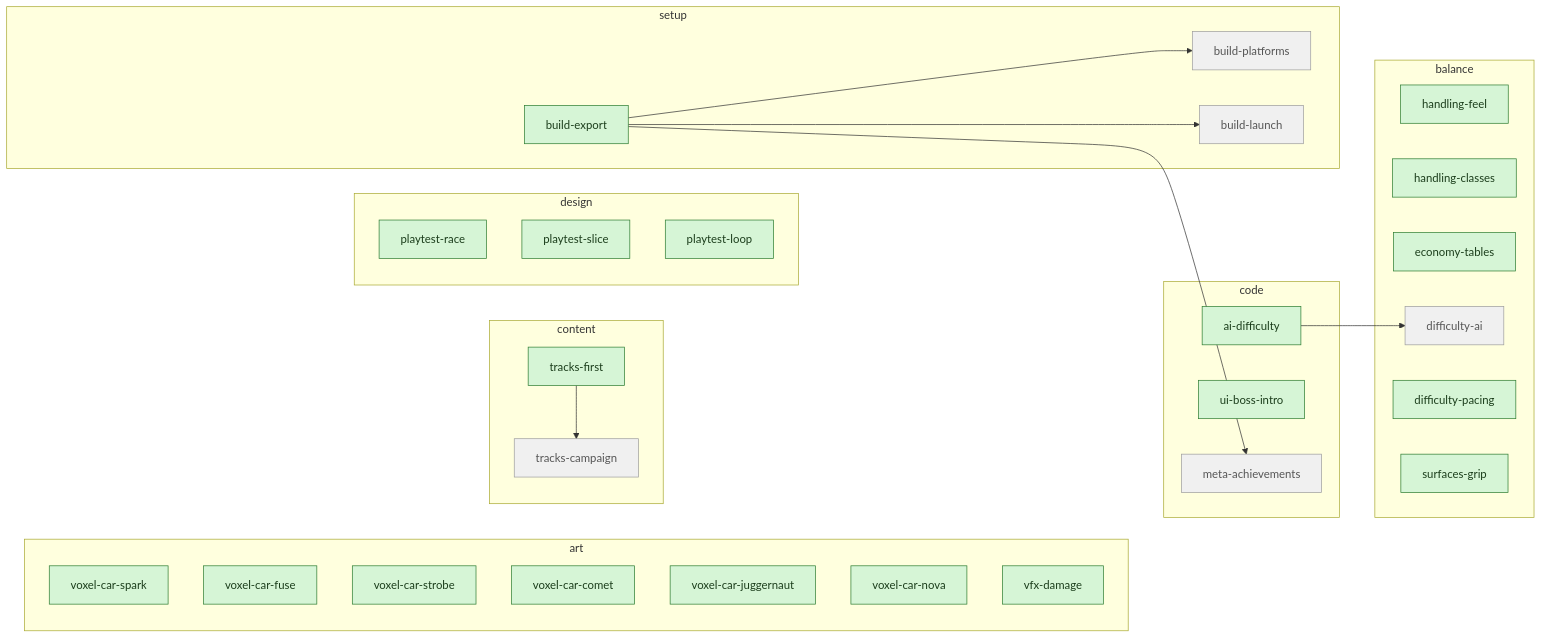
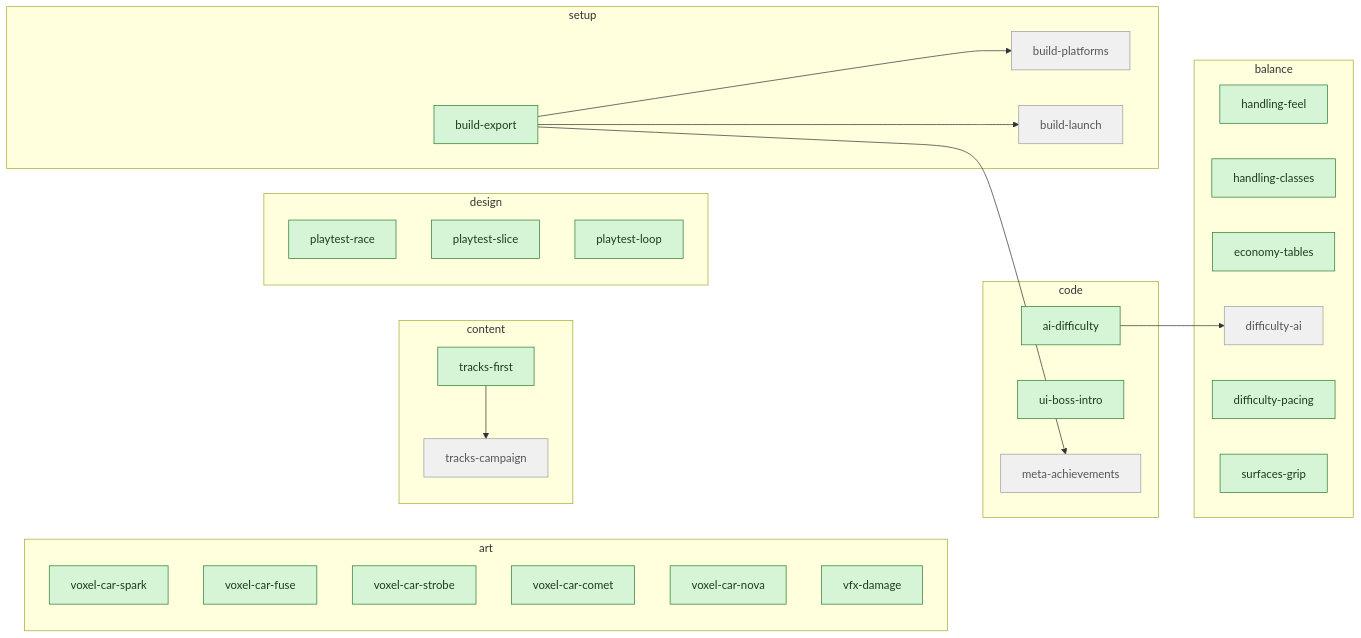
One commit to artemiiShabanov/RallyRivals changed the third of 3 diagrams in STATUS.md. Above: the diagram before and after it, drawn with Mermaid. The commit also changed other lines of this file and 6 other files, not shown here.

````diff
--- a/STATUS.md
+++ b/STATUS.md
@@ -95,48 +94,47 @@
 ```mermaid
 flowchart LR
   subgraph code
     code_ai_difficulty["ai-difficulty"]
     code_ui_boss_intro["ui-boss-intro"]
     code_meta_achievements["meta-achievements"]
   end
   subgraph art
     art_voxel_car_spark["voxel-car-spark"]
     art_voxel_car_fuse["voxel-car-fuse"]
     art_voxel_car_strobe["voxel-car-strobe"]
     art_voxel_car_comet["voxel-car-comet"]
-    art_voxel_car_juggernaut["voxel-car-juggernaut"]
     art_voxel_car_nova["voxel-car-nova"]
     art_vfx_damage["vfx-damage"]
   end
   subgraph content
     content_tracks_first["tracks-first"]
     content_tracks_campaign["tracks-campaign"]
   end
   subgraph balance
     balance_handling_feel["handling-feel"]
     balance_handling_classes["handling-classes"]
     balance_economy_tables["economy-tables"]
     balance_difficulty_ai["difficulty-ai"]
     balance_difficulty_pacing["difficulty-pacing"]
     balance_surfaces_grip["surfaces-grip"]
   end
   subgraph design
     design_playtest_race["playtest-race"]
     design_playtest_slice["playtest-slice"]
     design_playtest_loop["playtest-loop"]
   end
   subgraph setup
     setup_build_export["build-export"]
     setup_build_platforms["build-platforms"]
     setup_build_launch["build-launch"]
   end
   setup_build_export --> code_meta_achievements
   content_tracks_first --> content_tracks_campaign
   code_ai_difficulty --> balance_difficulty_ai
   setup_build_export --> setup_build_platforms
   setup_build_export --> setup_build_launch
   classDef avail fill:#d6f5d6,stroke:#2e7d32,color:#1b3d1b;
   classDef blocked fill:#f0f0f0,stroke:#9e9e9e,color:#555;
-  class code_ai_difficulty,code_ui_boss_intro,content_tracks_first,art_voxel_car_spark,art_voxel_car_fuse,art_voxel_car_strobe,art_voxel_car_comet,art_voxel_car_juggernaut,art_voxel_car_nova,art_vfx_damage,balance_handling_feel,balance_handling_classes,balance_economy_tables,balance_difficulty_pacing,balance_surfaces_grip,design_playtest_race,design_playtest_slice,design_playtest_loop,setup_build_export avail;
+  class code_ai_difficulty,code_ui_boss_intro,content_tracks_first,art_voxel_car_spark,art_voxel_car_fuse,art_voxel_car_strobe,art_voxel_car_comet,art_voxel_car_nova,art_vfx_damage,balance_handling_feel,balance_handling_classes,balance_economy_tables,balance_difficulty_pacing,balance_surfaces_grip,design_playtest_race,design_playtest_slice,design_playtest_loop,setup_build_export avail;
   class code_meta_achievements,content_tracks_campaign,balance_difficulty_ai,setup_build_platforms,setup_build_launch blocked;
 ```
````
